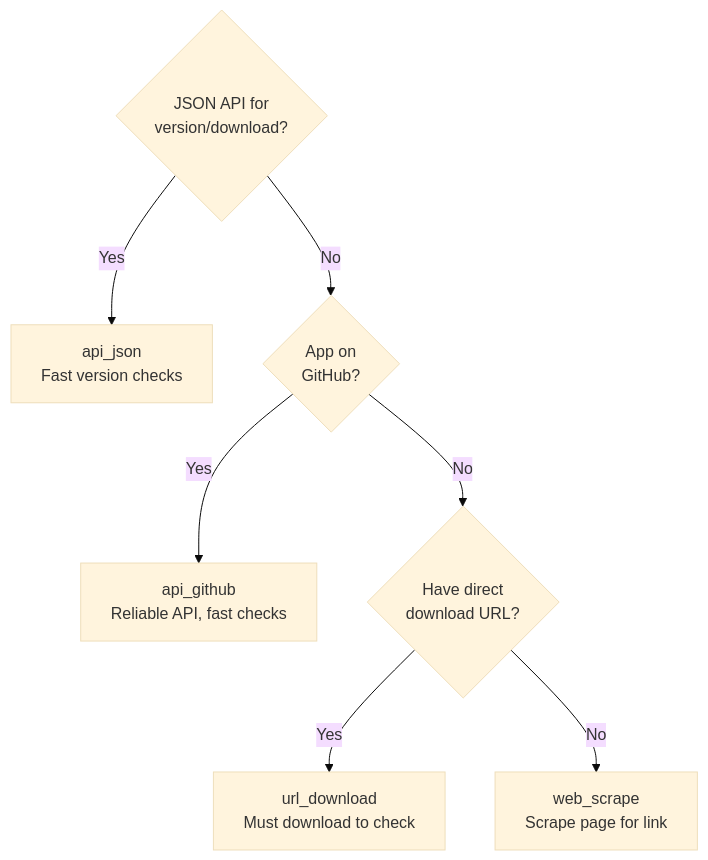
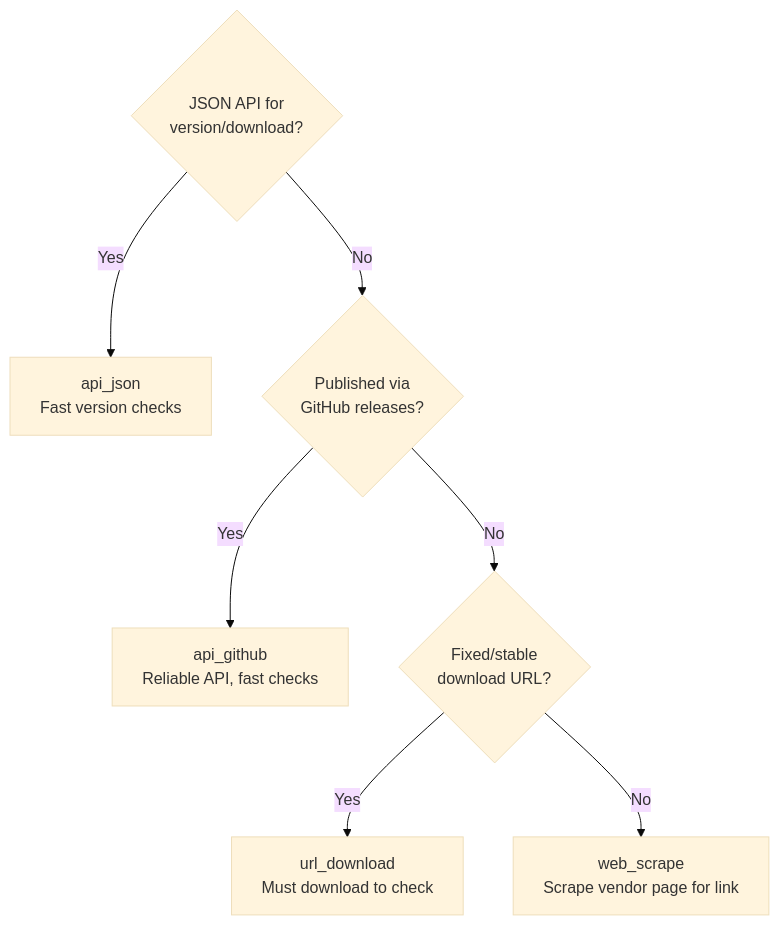
Before and after one commit to RogerCibrian/notapkgtool: the first of 2 diagrams in docs/user-guide.md, drawn with Mermaid (base theme). The commit also changed other lines of this file and 32 other files, not shown here.

````diff
--- a/docs/user-guide.md
+++ b/docs/user-guide.md
@@ -231,10 +264,10 @@
 ```mermaid
 flowchart TD
     Start{JSON API for<br/>version/download?}
     Start -->|Yes| JSON[api_json<br/>Fast version checks]
-    Start -->|No| GitHub{App on<br/>GitHub?}
+    Start -->|No| GitHub{Published via<br/>GitHub releases?}
     GitHub -->|Yes| GHRelease[api_github<br/>Reliable API, fast checks]
-    GitHub -->|No| DirectURL{Have direct<br/>download URL?}
+    GitHub -->|No| DirectURL{Fixed/stable<br/>download URL?}
     DirectURL -->|Yes| Static[url_download<br/>Must download to check]
-    DirectURL -->|No| Scrape[web_scrape<br/>Scrape page for link]
+    DirectURL -->|No| Scrape[web_scrape<br/>Scrape vendor page for link]
 ```
````
